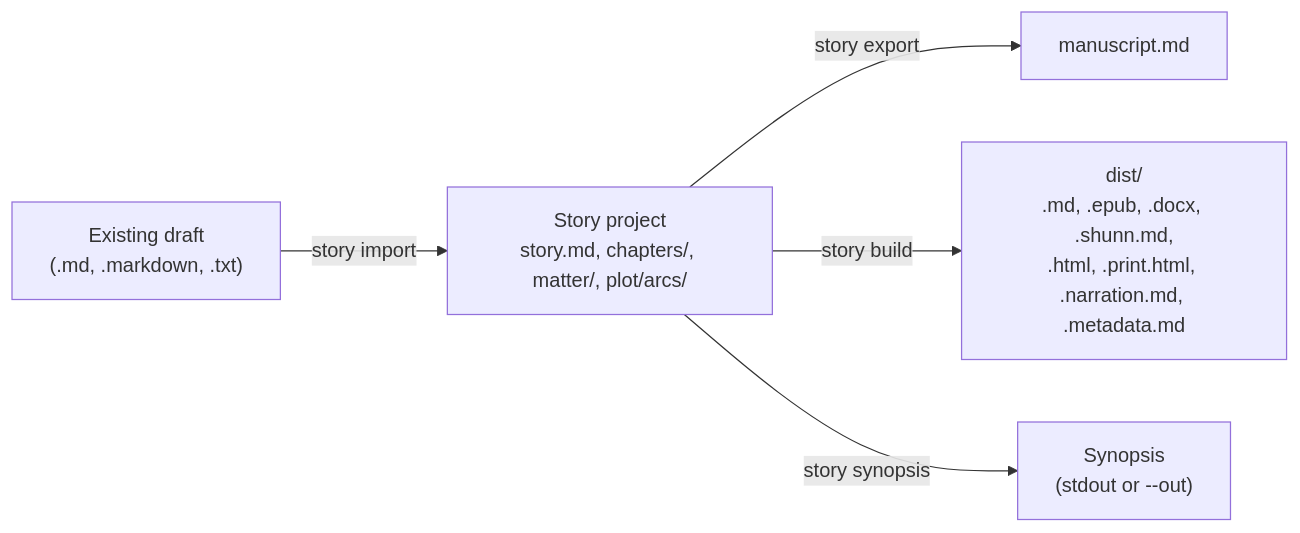
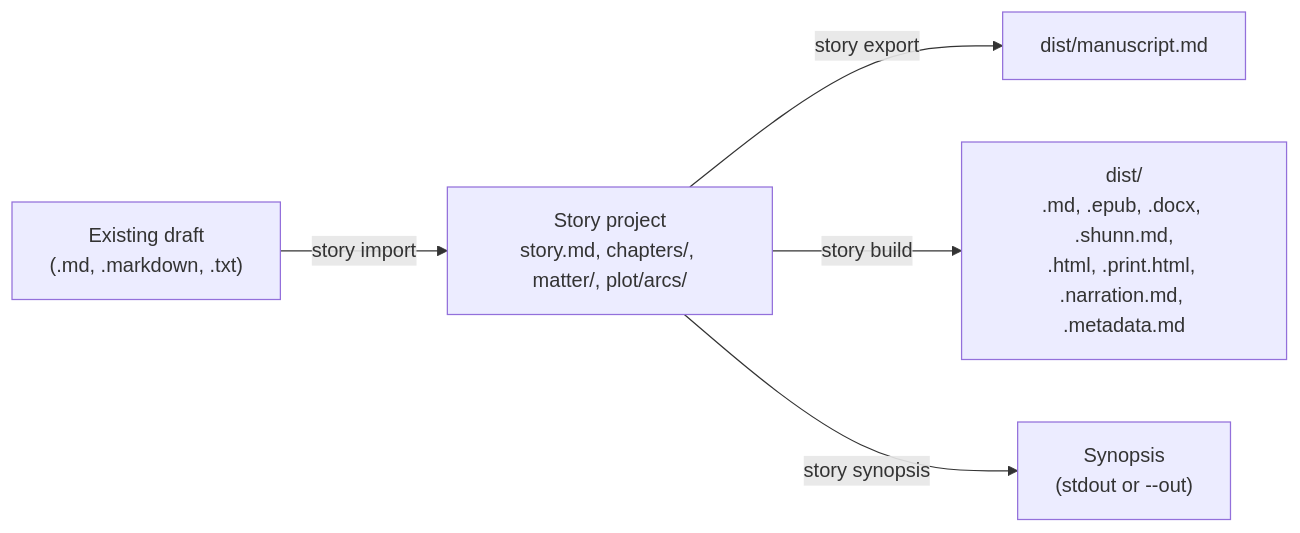
The diagram in docs/manuscripts.md (danjdewhurst/story-skills), drawn with Mermaid before and after one commit. The commit also changed other lines of this file and 13 other files, not shown here.

````diff
--- a/docs/manuscripts.md
+++ b/docs/manuscripts.md
@@ -29,7 +29,7 @@
 ```mermaid
 flowchart LR
   draft["Existing draft<br/>(.md, .markdown, .txt)"] -->|story import| project["Story project<br/>story.md, chapters/, matter/, plot/arcs/"]
-  project -->|story export| manuscript["manuscript.md"]
+  project -->|story export| manuscript["dist/manuscript.md"]
   project -->|story build| dist["dist/<br/>.md, .epub, .docx, .shunn.md,<br/>.html, .print.html, .narration.md, .metadata.md"]
   project -->|story synopsis| synopsis["Synopsis<br/>(stdout or --out)"]
 ```
````
